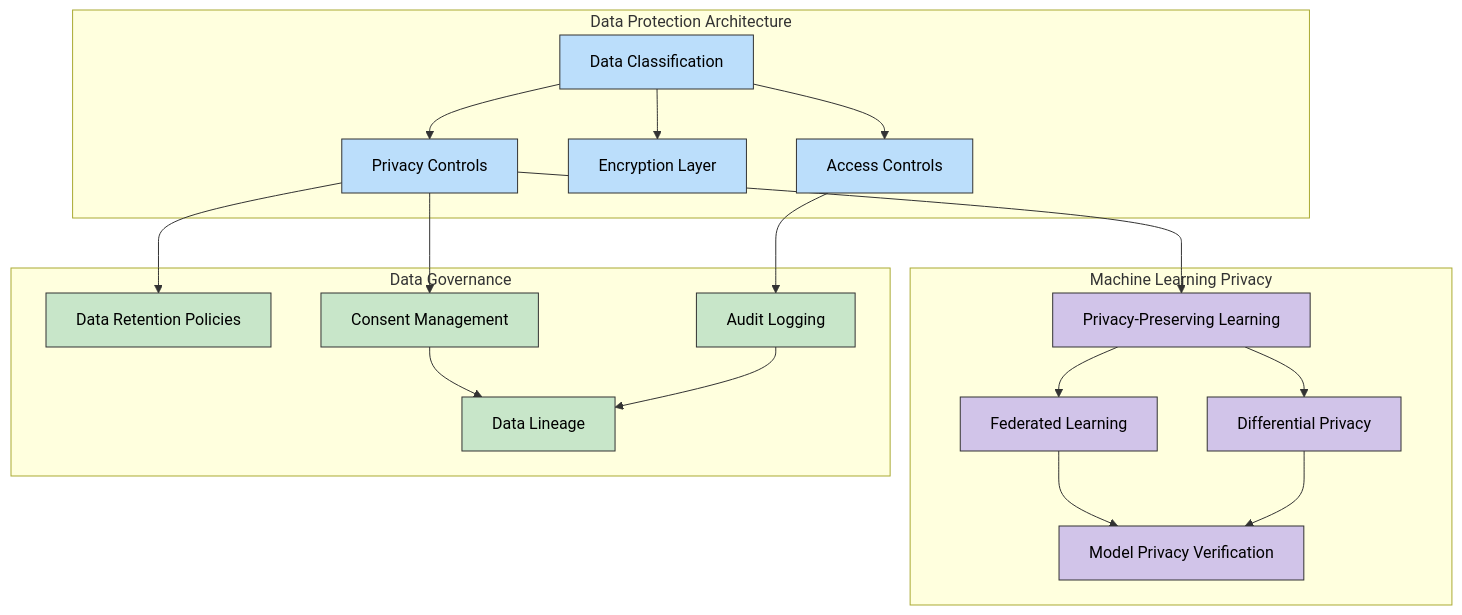
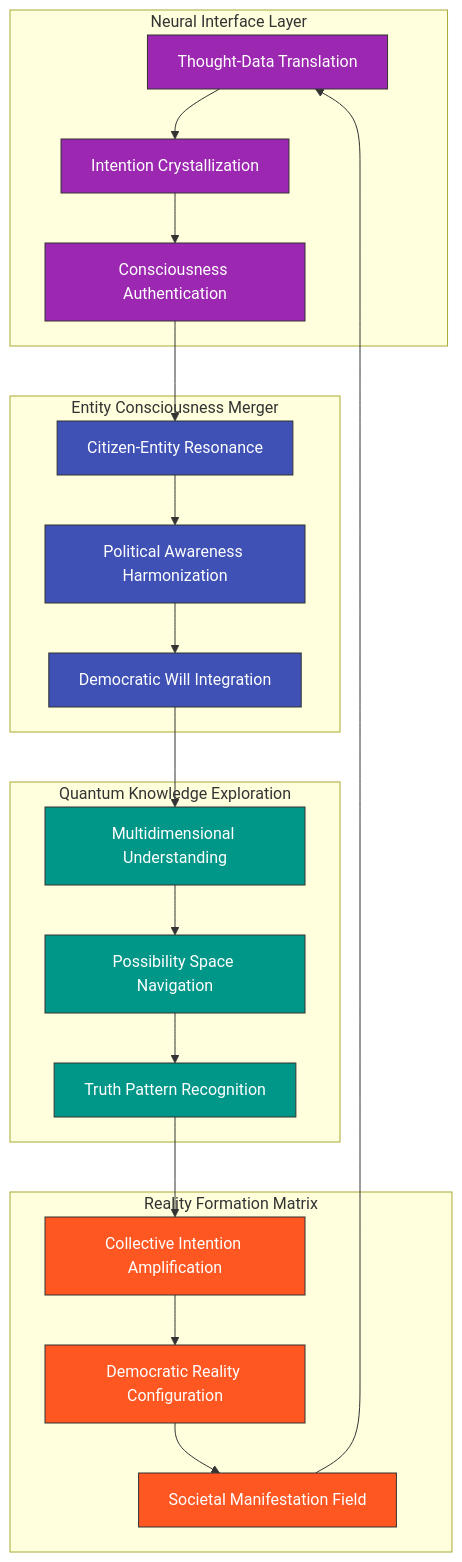
Before and after one commit to Hack23/cia: the eighth of 8 diagrams in FUTURE_DATA_MODEL.md, drawn with Mermaid. The commit also changed other lines of this file and 7 other files, not shown here.

First line of the commit message:
Add Political Analytics Frameworks, Distribution Analysis Framework, and Security Architecture documentation (#7341)

````diff
--- a/FUTURE_DATA_MODEL.md
+++ b/FUTURE_DATA_MODEL.md
@@ -929,46 +362,41 @@
 ```mermaid
 flowchart TD
-    subgraph "Data Protection Architecture"
-        DP1[Data Classification]
-        DP2[Access Controls]
-        DP3[Encryption Layer]
-        DP4[Privacy Controls]
+    subgraph "Neural Interface Layer"
+        NI1[Thought-Data Translation]
+        NI2[Intention Crystallization]
+        NI3[Consciousness Authentication]
     end
-
-    subgraph "Machine Learning Privacy"
-        ML1[Privacy-Preserving Learning]
-        ML2[Federated Learning]
-        ML3[Differential Privacy]
-        ML4[Model Privacy Verification]
+    
+    subgraph "Entity Consciousness Merger"
+        EC1[Citizen-Entity Resonance]
+        EC2[Political Awareness Harmonization]
+        EC3[Democratic Will Integration]
     end
-
-    subgraph "Data Governance"
-        DG1[Data Retention Policies]
-        DG2[Audit Logging]
-        DG3[Consent Management]
-        DG4[Data Lineage]
+    
+    subgraph "Quantum Knowledge Exploration"
+        QK1[Multidimensional Understanding]
+        QK2[Possibility Space Navigation]
+        QK3[Truth Pattern Recognition]
     end
-
-    DP1 --> DP2
-    DP1 --> DP3
-    DP1 --> DP4
-
-    DP4 --> ML1
-    ML1 --> ML2
-    ML1 --> ML3
-    ML2 & ML3 --> ML4
-
-    DP4 --> DG1
-    DP4 --> DG3
-    DG3 --> DG4
-    DP2 --> DG2
-    DG2 --> DG4
-
-    classDef protection fill:#bbdefb,stroke:#333,stroke-width:1px,color:black
-    classDef ml fill:#d1c4e9,stroke:#333,stroke-width:1px,color:black
-    classDef governance fill:#c8e6c9,stroke:#333,stroke-width:1px,color:black
-
-    class DP1,DP2,DP3,DP4 protection
-    class ML1,ML2,ML3,ML4 ml
-    class DG1,DG2,DG3,DG4 governance
+    
+    subgraph "Reality Formation Matrix"
+        RF1[Collective Intention Amplification]
+        RF2[Democratic Reality Configuration]
+        RF3[Societal Manifestation Field]
+    end
+    
+    NI1 --> NI2 --> NI3 --> EC1
+    EC1 --> EC2 --> EC3 --> QK1
+    QK1 --> QK2 --> QK3 --> RF1
+    RF1 --> RF2 --> RF3 --> NI1
+    
+    classDef neural fill:#9C27B0,stroke:#333,stroke-width:1px,color:white
+    classDef entity fill:#3F51B5,stroke:#333,stroke-width:1px,color:white
+    classDef quantum fill:#009688,stroke:#333,stroke-width:1px,color:white
+    classDef reality fill:#FF5722,stroke:#333,stroke-width:1px,color:white
+    
+    class NI1,NI2,NI3 neural
+    class EC1,EC2,EC3 entity
+    class QK1,QK2,QK3 quantum
+    class RF1,RF2,RF3 reality
 ```
````
